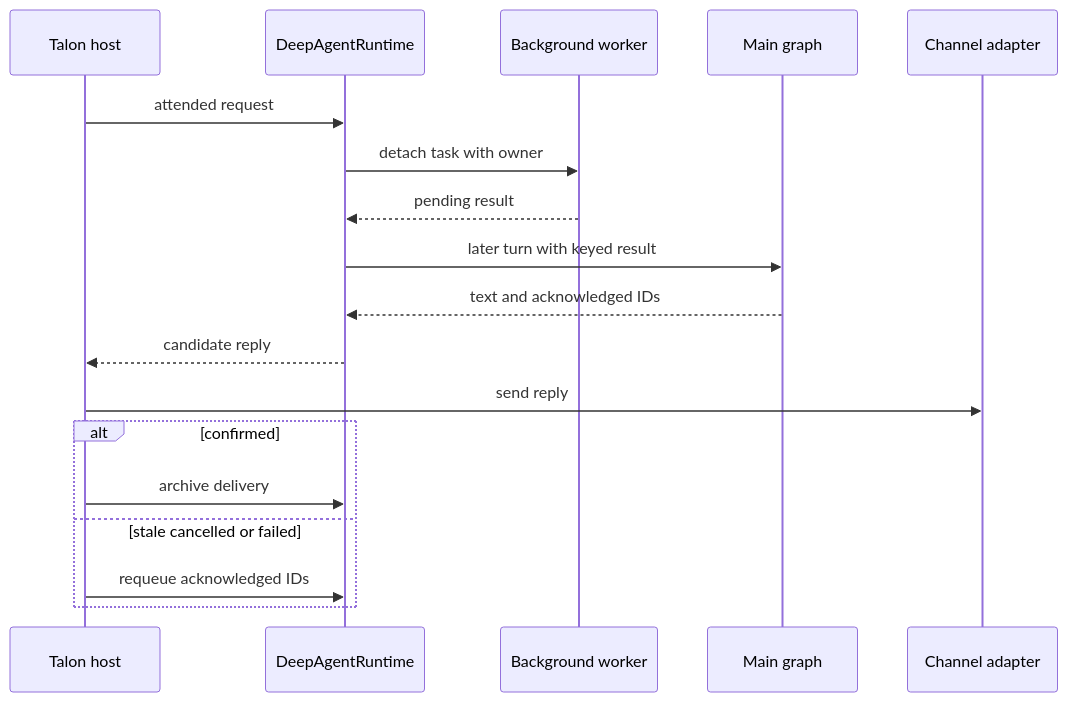
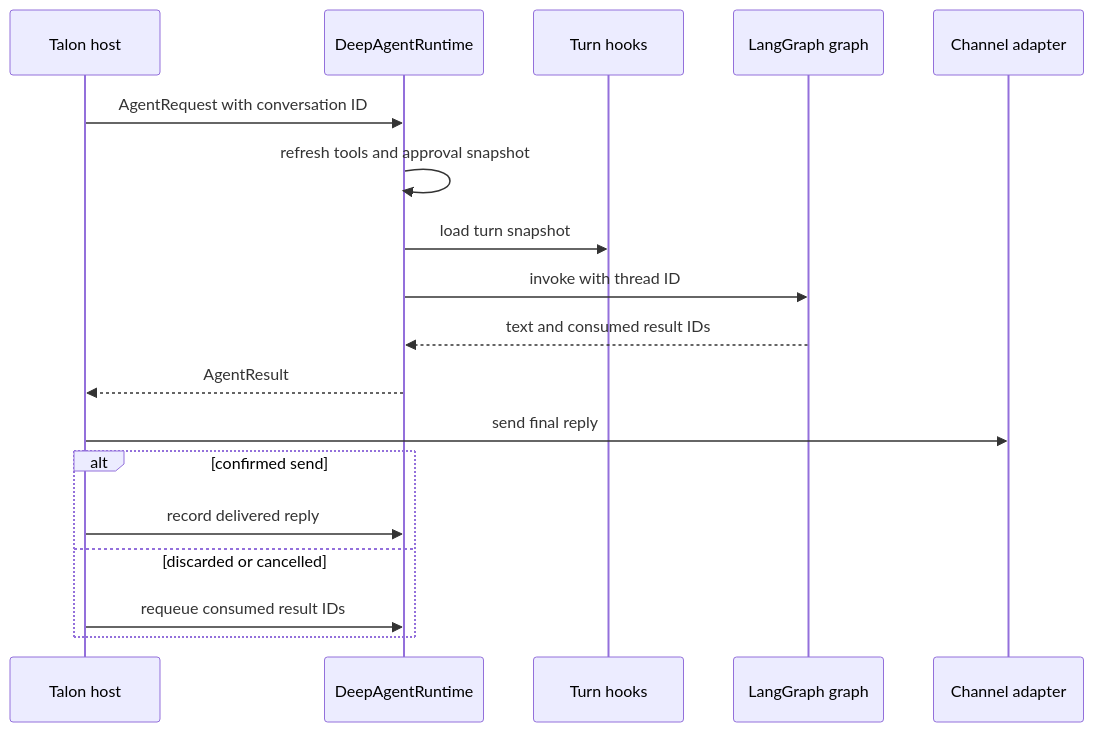
Before and after one commit to langchain-ai/deepagents: the first of 2 diagrams in openwiki/architecture/runtime-behavior.md, drawn with Mermaid. The commit also changed other lines of this file and 25 other files, not shown here.

````diff
--- a/openwiki/architecture/runtime-behavior.md
+++ b/openwiki/architecture/runtime-behavior.md
@@ -33,20 +43,20 @@
 ```mermaid
 sequenceDiagram
     participant Host as Talon host
     participant Runtime as DeepAgentRuntime
-    participant Worker as Background worker
-    participant Graph as Main graph
+    participant Hooks as Turn hooks
+    participant Graph as LangGraph graph
     participant Channel as Channel adapter
-    Host->>Runtime: attended request
-    Runtime->>Worker: detach task with owner
-    Worker-->>Runtime: pending result
-    Runtime->>Graph: later turn with keyed result
-    Graph-->>Runtime: text and acknowledged IDs
-    Runtime-->>Host: candidate reply
-    Host->>Channel: send reply
-    alt confirmed
-        Host->>Runtime: archive delivery
-    else stale cancelled or failed
-        Host->>Runtime: requeue acknowledged IDs
+    Host->>Runtime: AgentRequest with conversation ID
+    Runtime->>Runtime: refresh tools and approval snapshot
+    Runtime->>Hooks: load turn snapshot
+    Runtime->>Graph: invoke with thread ID
+    Graph-->>Runtime: text and consumed result IDs
+    Runtime-->>Host: AgentResult
+    Host->>Channel: send final reply
+    alt confirmed send
+        Host->>Runtime: record delivered reply
+    else discarded or cancelled
+        Host->>Runtime: requeue consumed result IDs
     end
 ```
````
